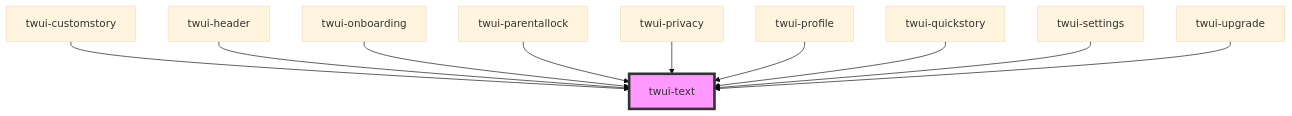
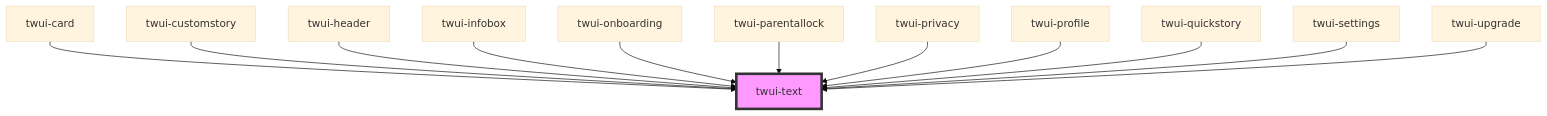
Before and after one commit to frostaura/TaleWeaver: the diagram in src/frontend/src/components/twui/src/components/molecules/text/readme.md, drawn with Mermaid (base theme). The commit also changed other lines of this file and 37 other files, not shown here.

````diff
--- a/src/frontend/src/components/twui/src/components/molecules/text/readme.md
+++ b/src/frontend/src/components/twui/src/components/molecules/text/readme.md
@@ -31,13 +33,15 @@
 ```mermaid
 graph TD;
+  twui-card --> twui-text
   twui-customstory --> twui-text
   twui-header --> twui-text
+  twui-infobox --> twui-text
   twui-onboarding --> twui-text
   twui-parentallock --> twui-text
   twui-privacy --> twui-text
   twui-profile --> twui-text
   twui-quickstory --> twui-text
   twui-settings --> twui-text
   twui-upgrade --> twui-text
   style twui-text fill:#f9f,stroke:#333,stroke-width:4px
 ```
````
